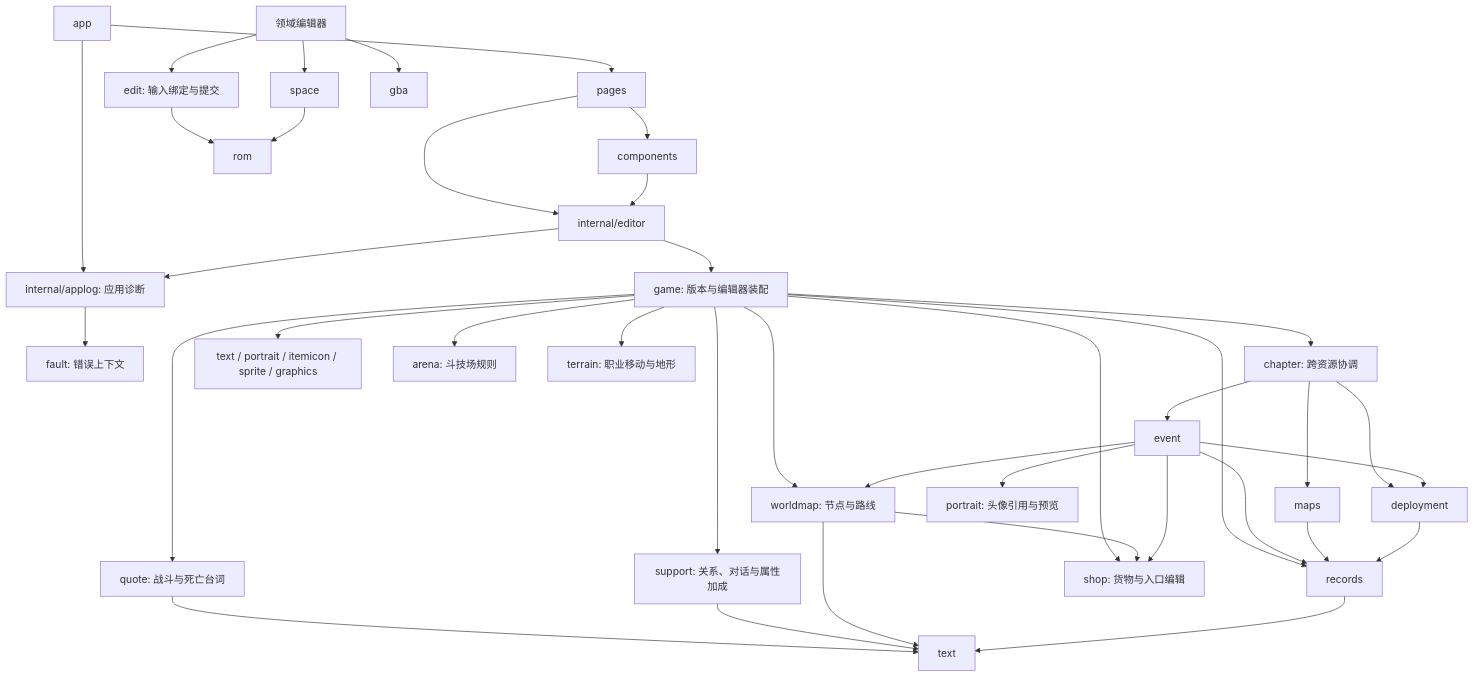
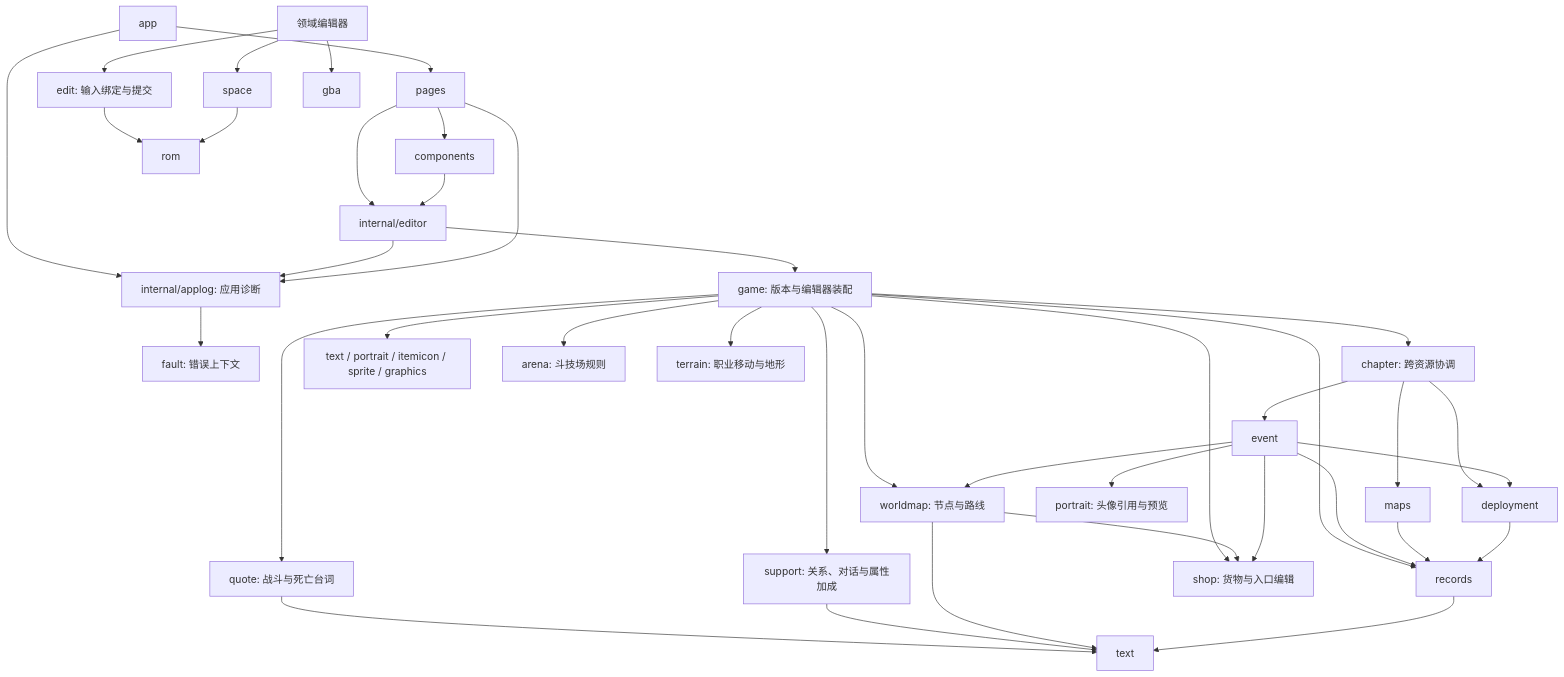
The first of 2 diagrams in docs/architecture.md (woxQAQ/febuildergba-mygo), drawn with Mermaid before and after one commit. The commit also changed other lines of this file and 18 other files, not shown here.

````diff
--- a/docs/architecture.md
+++ b/docs/architecture.md
@@ -64,40 +64,41 @@
 ```mermaid
 flowchart TD
     App[app] --> Pages[pages]
     App --> AppLog[internal/applog: 应用诊断]
     State --> AppLog
+    Pages --> AppLog
     AppLog --> Fault[fault: 错误上下文]
     Pages --> Components[components]
     Pages --> State[internal/editor]
     Components --> State
     State --> Game[game: 版本与编辑器装配]
     Game --> Chapter[chapter: 跨资源协调]
     Game --> Records[records]
     Game --> Media[text / portrait / itemicon / sprite / graphics]
     Chapter --> Maps[maps]
     Chapter --> Event[event]
     Chapter --> Deployment[deployment]
     Event --> Deployment
     Game --> Quote[quote: 战斗与死亡台词]
     Quote --> Text
     Game --> Arena[arena: 斗技场规则]
     Game --> Support[support: 关系、对话与属性加成]
     Game --> Terrain[terrain: 职业移动与地形]
     Support --> Text
     Game --> Shop[shop: 货物与入口编辑]
     Game --> Worldmap[worldmap: 节点与路线]
     Worldmap --> Shop
     Worldmap --> Text
     Event --> Portrait[portrait: 头像引用与预览]
     Event --> Worldmap
     Event --> Shop
     Event --> Records
     Maps --> Records
     Deployment --> Records
     Records --> Text[text]
     Domain[领域编辑器] --> Edit[edit: 输入绑定与提交]
     Edit --> ROM[rom]
     Domain --> Space[space]
     Domain --> GBA[gba]
     Space --> ROM
 ```
````
